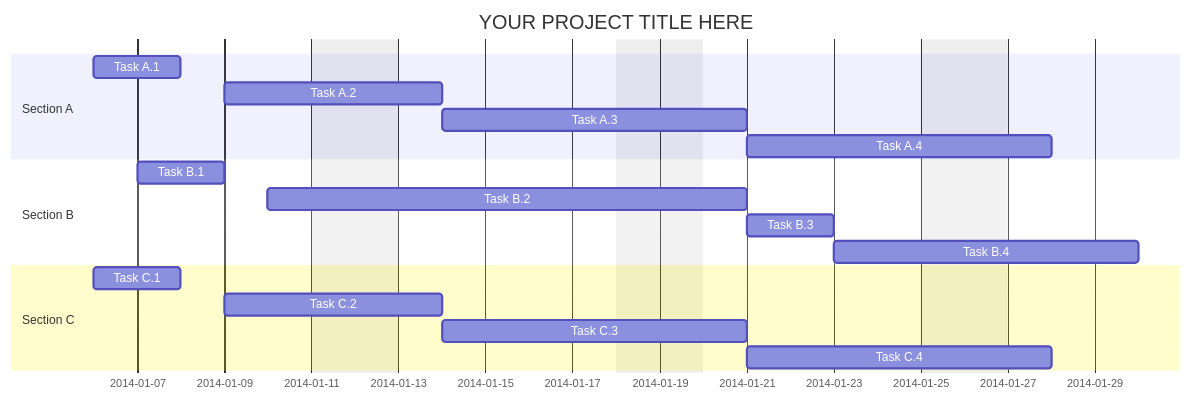
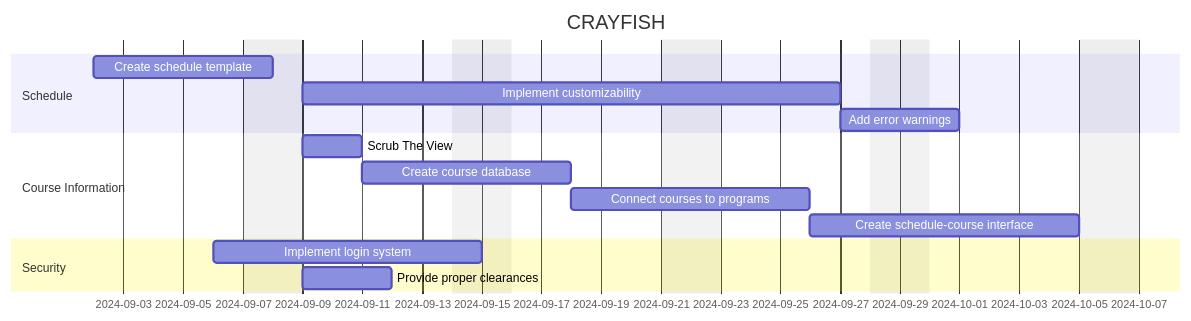
Before and after one commit to chengeu25/eNorthernPike: the first of 47 diagrams in System Proposal Template.md, drawn with Mermaid.

````diff
--- a/System Proposal Template.md
+++ b/System Proposal Template.md
@@ -48,26 +48,23 @@
 ```mermaid 
 gantt
     dateFormat  YYYY-MM-DD
-    title       YOUR PROJECT TITLE HERE
+    title       CRAYFISH
     excludes    weekends
     %% (`excludes` accepts specific dates in YYYY-MM-DD format, days of the week ("sunday") or "weekends", but not the word "weekdays".)
 
-    section Section A
-    Task A.1            :         des1, 2014-01-06,2014-01-08
-    Task A.2            :         des2, 2014-01-09, 3d
-    Task A.3            :         des3, after des2, 5d
-    Task A.4            :         des4, after des3, 5d
+    section Schedule
+    Create schedule template            :         des1, 2024-09-02,2024-09-08
+    Implement customizability            :         des2, 2024-09-09, 14d
+    Add error warnings            :         des3, after des2, 2d
 
-    section Section B
-    Task B.1            :         des5, 2014-01-07,2014-01-09
-    Task B.2            :         des6, 2014-01-10, 7d
-    Task B.3            :         des7, after des3, 2d
-    Task B.4            :         des8, after des7, 5d
+    section Course Information
+    Scrub The View            :         des4, 2024-09-09,2024-09-11
+    Create course database            :         des5, after des4, 5d
+    Connect courses to programs         :         des6, after des5, 6d
+    Create schedule-course interface            :         des7, after des6, 7d
 
-    section Section C
-    Task C.1            :         des9, 2014-01-06,2014-01-08
-    Task C.2            :         des10, 2014-01-09, 3d
-    Task C.3            :         des11, after des2, 5d
-    Task C.4            :         des12, after des3, 5d
+    section Security
+    Implement login system            :         des9, 2024-09-06,2024-09-15
+    Provide proper clearances            :         des10, 2024-09-09, 3d
 
 ```
````
